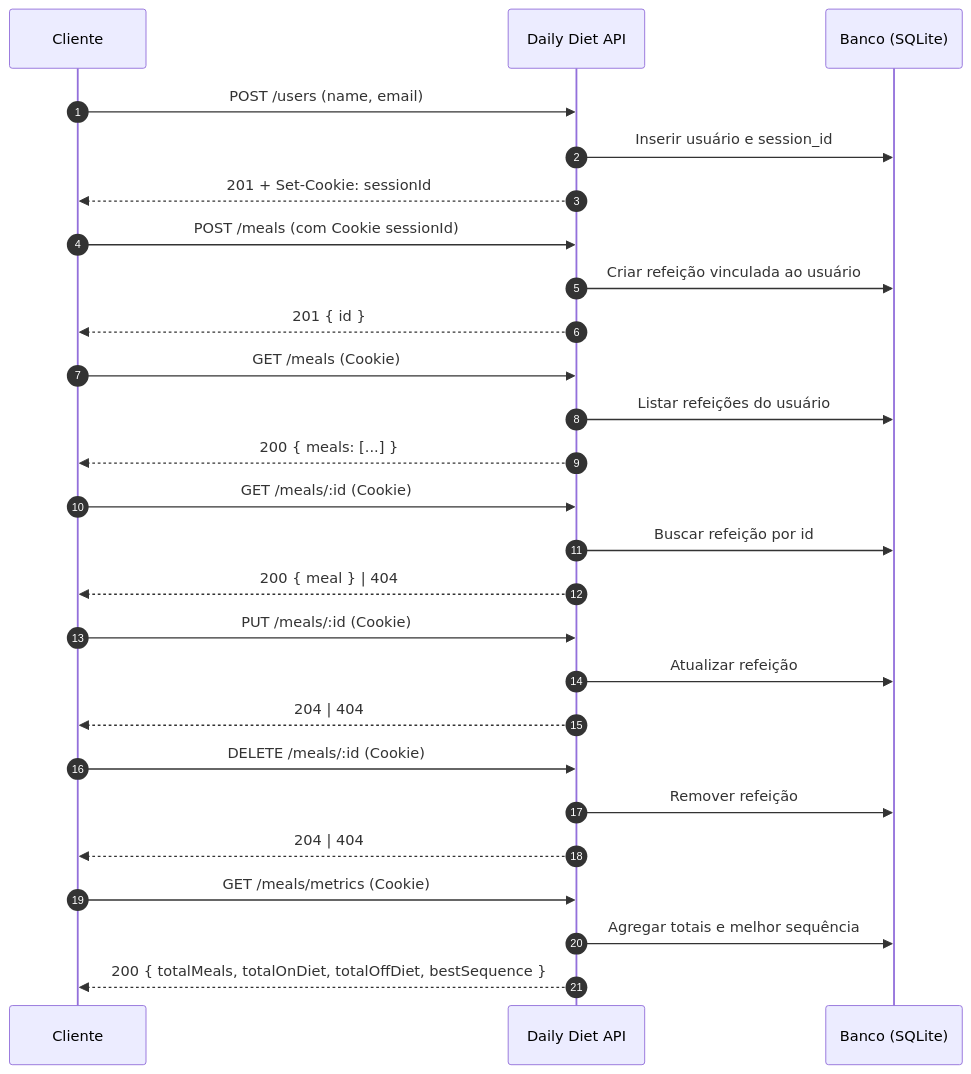
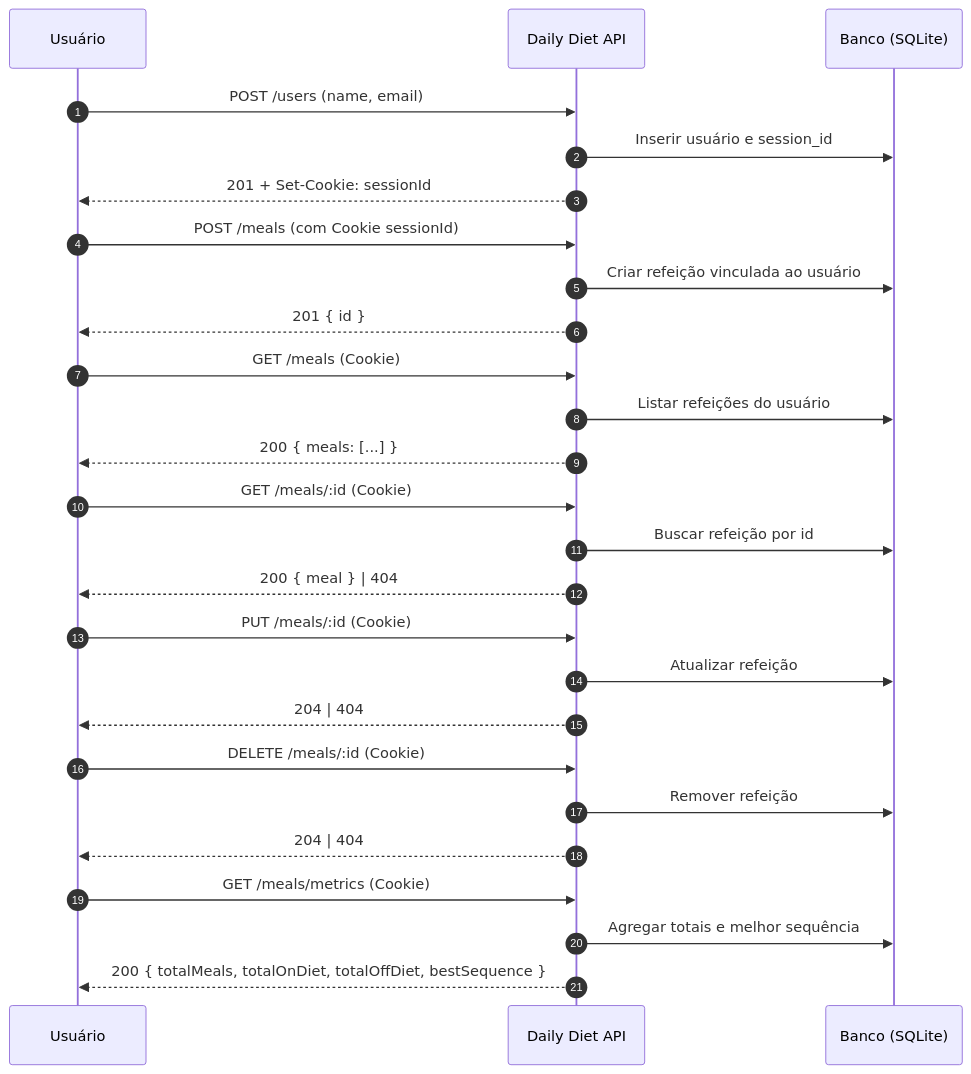
The diagram in README.md (matheushnt/daily-diet-api), drawn with Mermaid before and after one commit.

Commit message:
docs: atualiza o diagrama de fluxo da aplicação

````diff
--- a/README.md
+++ b/README.md
@@ -29,35 +29,35 @@
 ```mermaid
 sequenceDiagram
   autonumber
-  participant C as Cliente
+  participant C as Usuário
   participant API as Daily Diet API
   participant DB as Banco (SQLite)
 
   C->>API: POST /users (name, email)
   API->>DB: Inserir usuário e session_id
   API-->>C: 201 + Set-Cookie: sessionId
 
   C->>API: POST /meals (com Cookie sessionId)
   API->>DB: Criar refeição vinculada ao usuário
   API-->>C: 201 { id }
 
   C->>API: GET /meals (Cookie)
   API->>DB: Listar refeições do usuário
   API-->>C: 200 { meals: [...] }
 
   C->>API: GET /meals/:id (Cookie)
   API->>DB: Buscar refeição por id
   API-->>C: 200 { meal } | 404
 
   C->>API: PUT /meals/:id (Cookie)
   API->>DB: Atualizar refeição
   API-->>C: 204 | 404
 
   C->>API: DELETE /meals/:id (Cookie)
   API->>DB: Remover refeição
   API-->>C: 204 | 404
 
   C->>API: GET /meals/metrics (Cookie)
   API->>DB: Agregar totais e melhor sequência
   API-->>C: 200 { totalMeals, totalOnDiet, totalOffDiet, bestSequence }
 ```
````
